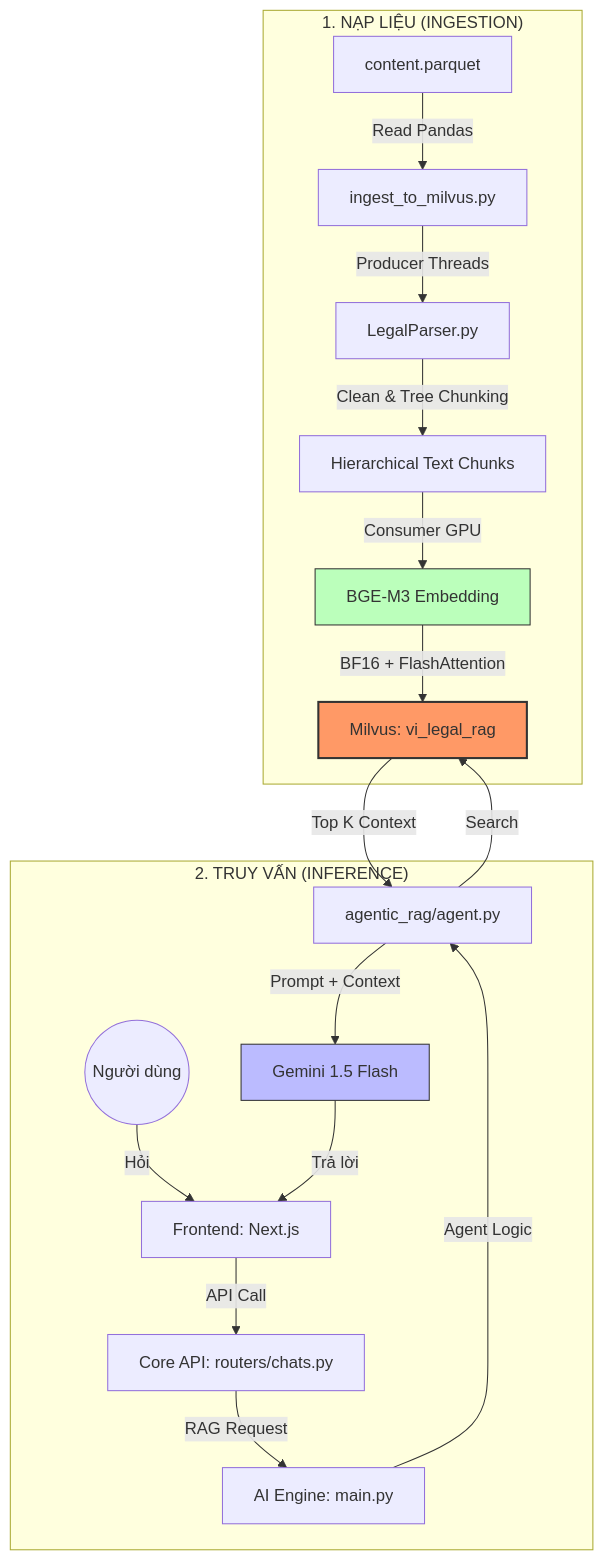
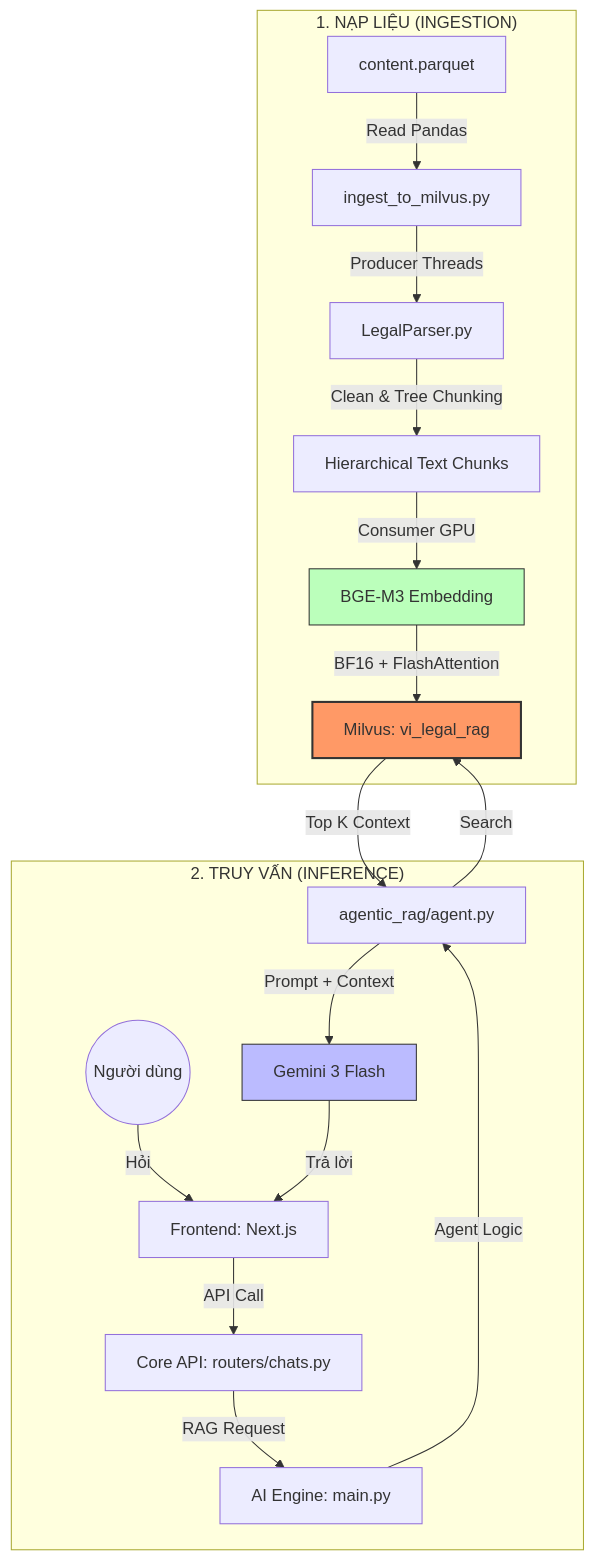
One commit to congkx123789/bigdata_project changed the diagram in README.md. Above: the diagram before and after it, drawn with Mermaid. The commit also changed other lines of this file, not shown here.

Commit message:
docs: Update README branding and Gemini version

````diff
--- a/README.md
+++ b/README.md
@@ -33,25 +33,25 @@
 ```mermaid
 graph TD
     subgraph "1. NẠP LIỆU (INGESTION)"
         A[content.parquet] -->|Read Pandas| B[ingest_to_milvus.py]
         B -->|Producer Threads| C[LegalParser.py]
         C -->|Clean & Tree Chunking| D[Hierarchical Text Chunks]
         D -->|Consumer GPU| E[BGE-M3 Embedding]
         E -->|BF16 + FlashAttention| F[Milvus: vi_legal_rag]
     end
 
     subgraph "2. TRUY VẤN (INFERENCE)"
         User((Người dùng)) -->|Hỏi| G[Frontend: Next.js]
         G -->|API Call| H[Core API: routers/chats.py]
         H -->|RAG Request| I[AI Engine: main.py]
         I -->|Agent Logic| J[agentic_rag/agent.py]
         J -->|Search| F
         F -->|Top K Context| J
-        J -->|Prompt + Context| K[Gemini 1.5 Flash]
+        J -->|Prompt + Context| K[Gemini 3 Flash]
         K -->|Trả lời| G
     end
 
     style F fill:#f96,stroke:#333,stroke-width:2px
     style E fill:#bfb,stroke:#333
     style K fill:#bbf,stroke:#333
 ```
````
